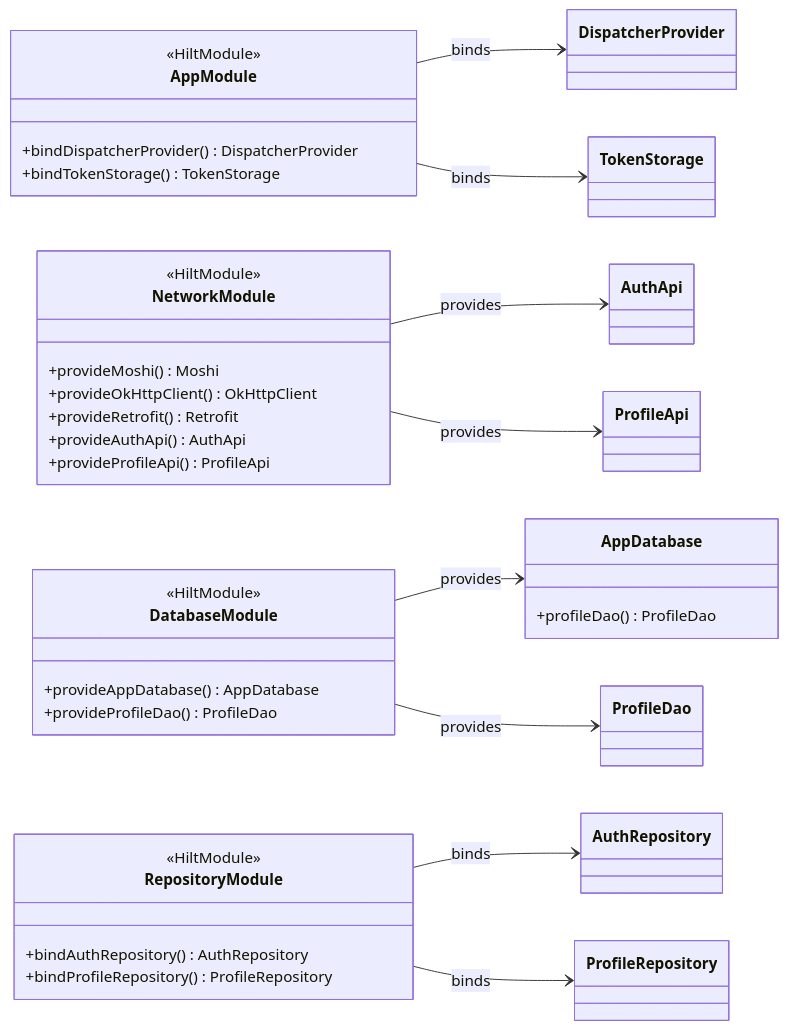
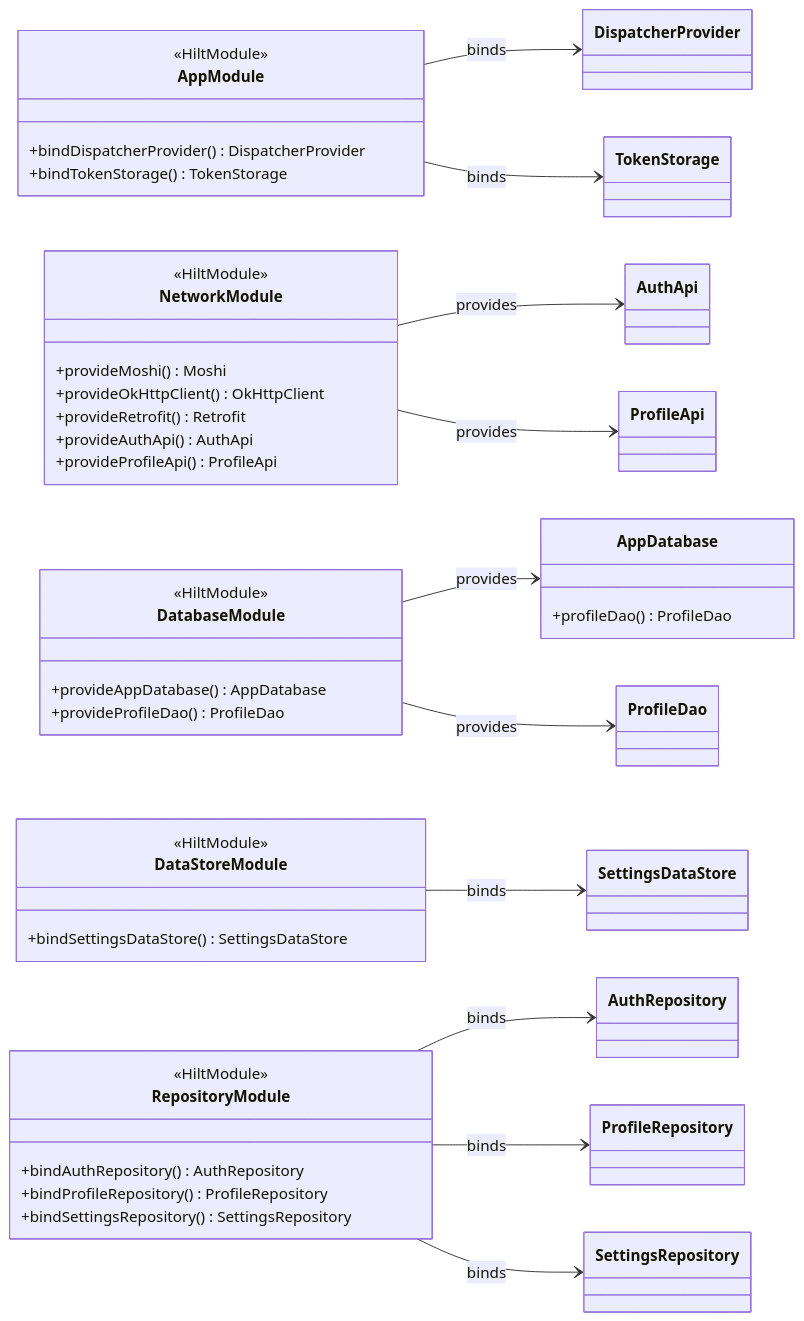
The sixth of 6 diagrams in doc/class-diagram.md (rickychang0328/android_mvvm_arch), drawn with Mermaid before and after one commit. The commit also changed other lines of this file and 22 other files, not shown here.

````diff
--- a/doc/class-diagram.md
+++ b/doc/class-diagram.md
@@ -518,44 +728,52 @@
 ```mermaid
 classDiagram
     direction LR
 
     class AppModule {
         <<HiltModule>>
         +bindDispatcherProvider() DispatcherProvider
         +bindTokenStorage() TokenStorage
     }
 
     class NetworkModule {
         <<HiltModule>>
         +provideMoshi() Moshi
         +provideOkHttpClient() OkHttpClient
         +provideRetrofit() Retrofit
         +provideAuthApi() AuthApi
         +provideProfileApi() ProfileApi
     }
 
     class DatabaseModule {
         <<HiltModule>>
         +provideAppDatabase() AppDatabase
         +provideProfileDao() ProfileDao
     }
 
+    class DataStoreModule {
+        <<HiltModule>>
+        +bindSettingsDataStore() SettingsDataStore
+    }
+
     class RepositoryModule {
         <<HiltModule>>
         +bindAuthRepository() AuthRepository
         +bindProfileRepository() ProfileRepository
+        +bindSettingsRepository() SettingsRepository
     }
 
     class AppDatabase {
         +profileDao() ProfileDao
     }
 
     AppModule --> DispatcherProvider : binds
     AppModule --> TokenStorage : binds
     NetworkModule --> AuthApi : provides
     NetworkModule --> ProfileApi : provides
     DatabaseModule --> AppDatabase : provides
     DatabaseModule --> ProfileDao : provides
+    DataStoreModule --> SettingsDataStore : binds
     RepositoryModule --> AuthRepository : binds
     RepositoryModule --> ProfileRepository : binds
+    RepositoryModule --> SettingsRepository : binds
 ```
````
